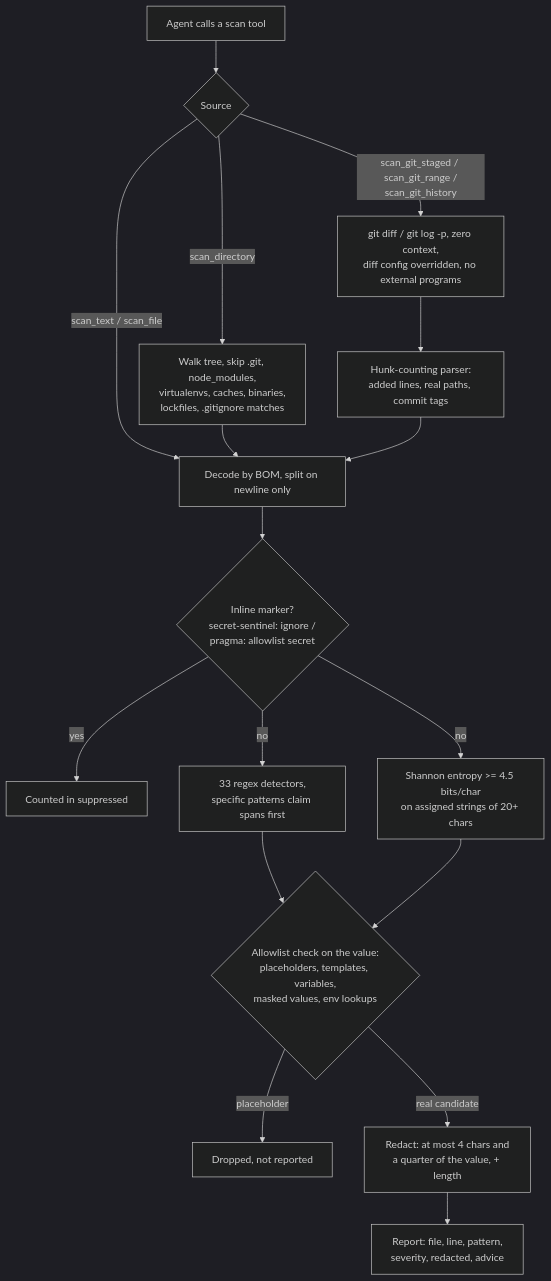
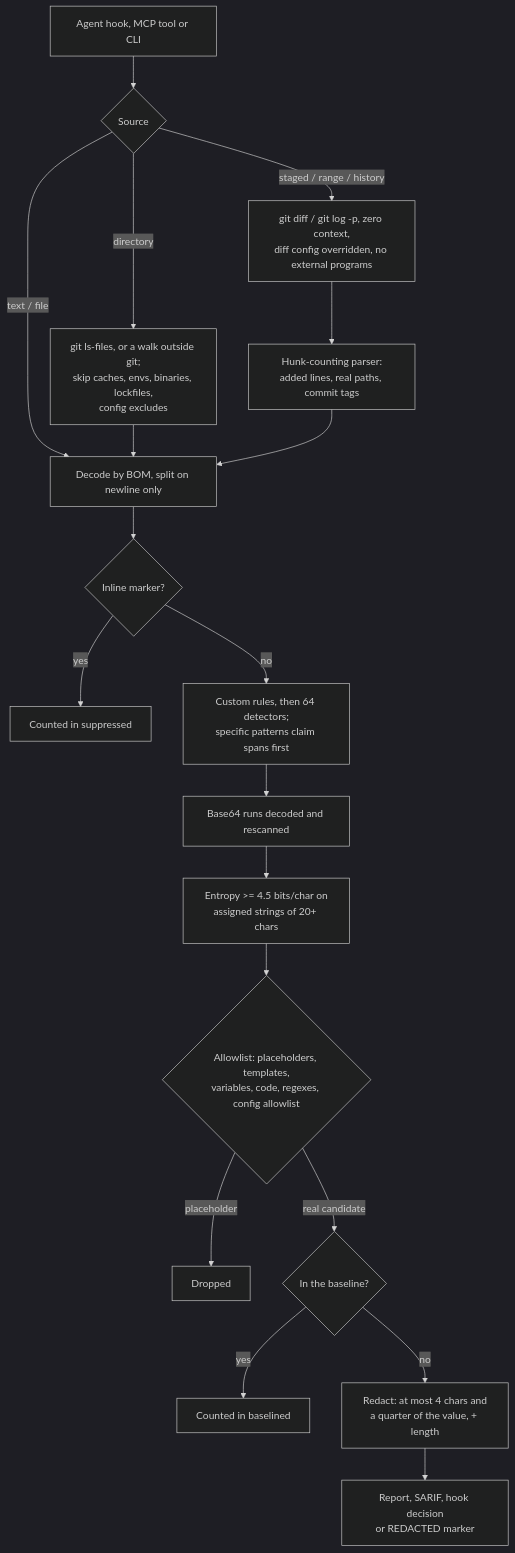
One commit to AleBrito124356/mcp-secret-sentinel changed the diagram in README.md. Above: the diagram before and after it, drawn with Mermaid (dark theme). The commit also changed other lines of this file and 3 other files, not shown here.

````diff
--- a/README.md
+++ b/README.md
@@ -132,16 +283,18 @@
 ```mermaid
 flowchart TD
-    A[Agent calls a scan tool] --> B{Source}
-    B -->|scan_text / scan_file| C[Decode by BOM, split on newline only]
-    B -->|scan_directory| D[Walk tree, skip .git, node_modules,<br/>virtualenvs, caches, binaries,<br/>lockfiles, .gitignore matches] --> C
-    B -->|scan_git_staged / scan_git_range /<br/>scan_git_history| E[git diff / git log -p, zero context,<br/>diff config overridden, no external programs] --> P[Hunk-counting parser:<br/>added lines, real paths, commit tags] --> C
-    C --> S{Inline marker?<br/>secret-sentinel: ignore /<br/>pragma: allowlist secret}
+    A[Agent hook, MCP tool or CLI] --> B{Source}
+    B -->|text / file| C[Decode by BOM, split on newline only]
+    B -->|directory| D[git ls-files, or a walk outside git;<br/>skip caches, envs, binaries, lockfiles,<br/>config excludes] --> C
+    B -->|staged / range / history| E[git diff / git log -p, zero context,<br/>diff config overridden, no external programs] --> P[Hunk-counting parser:<br/>added lines, real paths, commit tags] --> C
+    C --> S{Inline marker?}
     S -->|yes| U[Counted in suppressed]
-    S -->|no| F[33 regex detectors,<br/>specific patterns claim spans first]
-    S -->|no| G[Shannon entropy >= 4.5 bits/char<br/>on assigned strings of 20+ chars]
-    F --> H{Allowlist check on the value:<br/>placeholders, templates, variables,<br/>masked values, env lookups}
-    G --> H
-    H -->|placeholder| I[Dropped, not reported]
-    H -->|real candidate| J[Redact: at most 4 chars and<br/>a quarter of the value, + length]
-    J --> K[Report: file, line, pattern,<br/>severity, redacted, advice]
+    S -->|no| F[Custom rules, then 64 detectors;<br/>specific patterns claim spans first]
+    F --> G[Base64 runs decoded and rescanned]
+    G --> H2[Entropy >= 4.5 bits/char on<br/>assigned strings of 20+ chars]
+    H2 --> H{Allowlist: placeholders, templates,<br/>variables, code, regexes, config allowlist}
+    H -->|placeholder| I[Dropped]
+    H -->|real candidate| BL{In the baseline?}
+    BL -->|yes| BB[Counted in baselined]
+    BL -->|no| J[Redact: at most 4 chars and<br/>a quarter of the value, + length]
+    J --> K[Report, SARIF, hook decision<br/>or REDACTED marker]
 ```
````
